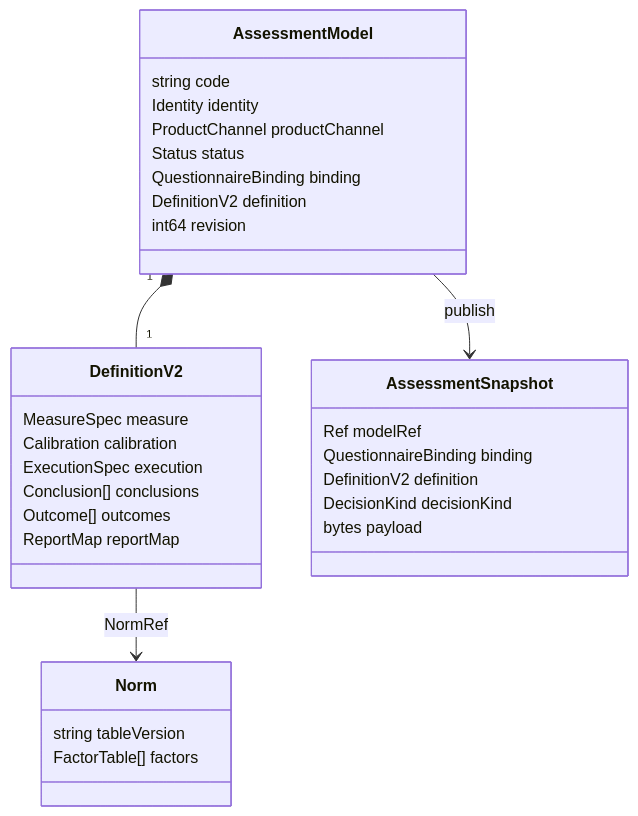
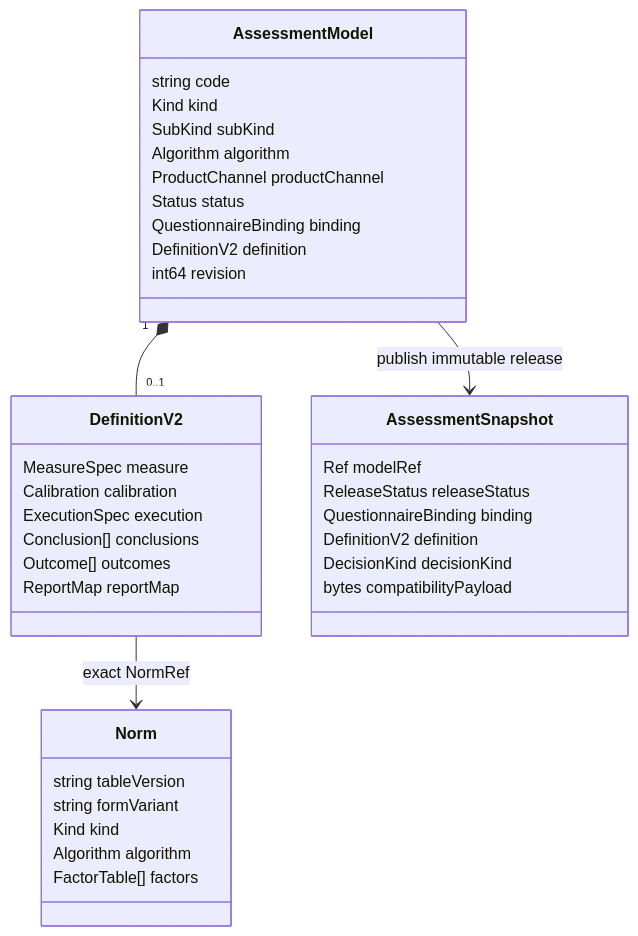
The first of 2 diagrams in docs/02-业务模块/20-model-catalog/10-领域模型.md (FangcunMount/qs-server), drawn with Mermaid before and after one commit. The commit also changed other lines of this file and 24 other files, not shown here.

````diff
--- a/docs/02-业务模块/20-model-catalog/10-领域模型.md
+++ b/docs/02-业务模块/20-model-catalog/10-领域模型.md
@@ -16,35 +45,44 @@
 ```mermaid
 classDiagram
     class AssessmentModel {
         string code
-        Identity identity
+        Kind kind
+        SubKind subKind
+        Algorithm algorithm
         ProductChannel productChannel
         Status status
         QuestionnaireBinding binding
         DefinitionV2 definition
         int64 revision
     }
+
     class DefinitionV2 {
         MeasureSpec measure
         Calibration calibration
         ExecutionSpec execution
         Conclusion[] conclusions
         Outcome[] outcomes
         ReportMap reportMap
     }
+
     class Norm {
         string tableVersion
+        string formVariant
+        Kind kind
+        Algorithm algorithm
         FactorTable[] factors
     }
+
     class AssessmentSnapshot {
         Ref modelRef
+        ReleaseStatus releaseStatus
         QuestionnaireBinding binding
         DefinitionV2 definition
         DecisionKind decisionKind
-        bytes payload
+        bytes compatibilityPayload
     }
 
-    AssessmentModel "1" *-- "1" DefinitionV2
-    DefinitionV2 --> Norm : NormRef
-    AssessmentModel --> AssessmentSnapshot : publish
+    AssessmentModel "1" *-- "0..1" DefinitionV2
+    DefinitionV2 --> Norm : exact NormRef
+    AssessmentModel --> AssessmentSnapshot : publish immutable release
 ```
````
